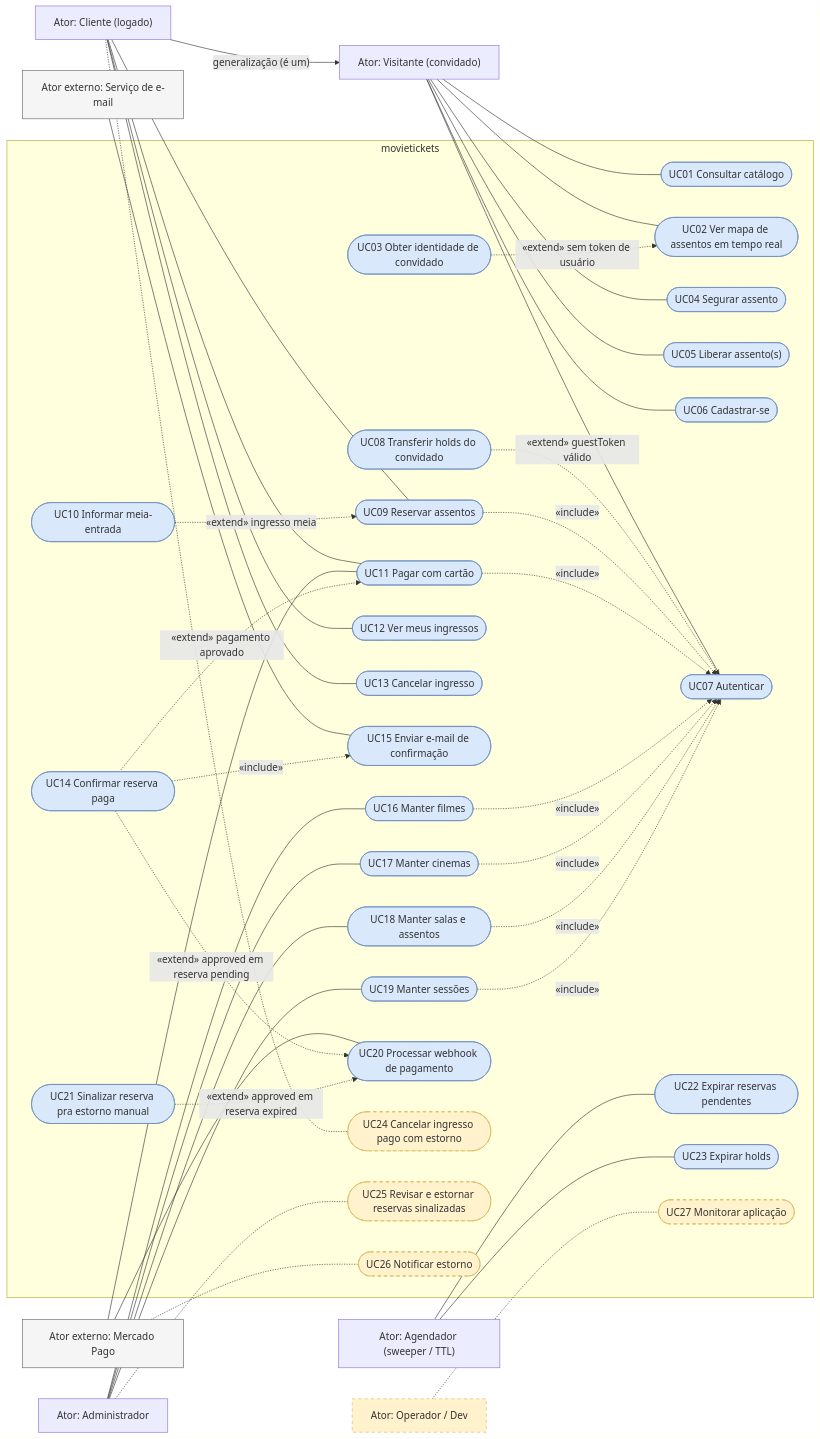
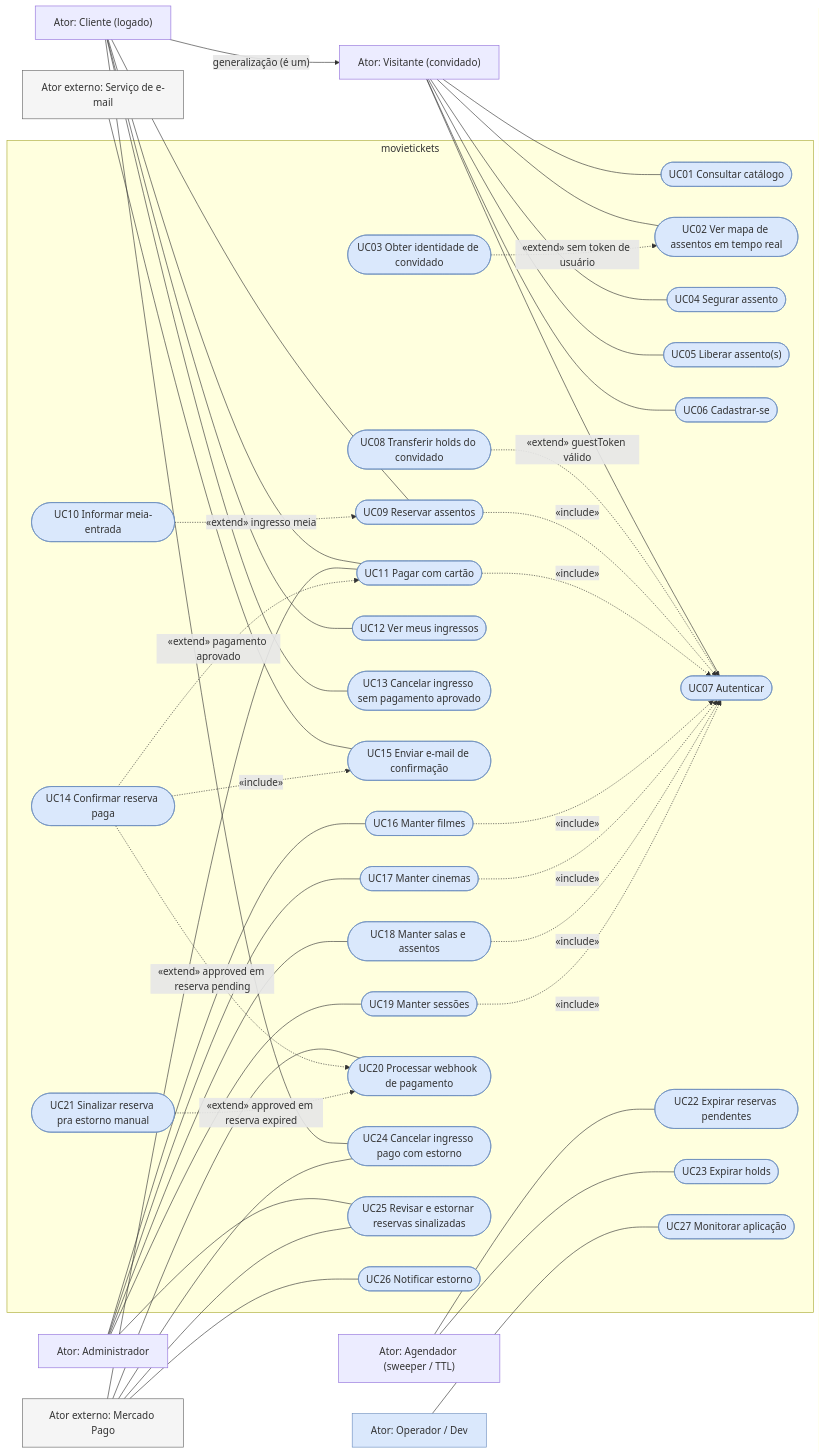
One commit to D4rkM/movietickets changed the diagram in docs/use-cases/use-cases.md. Above: the diagram before and after it, drawn with Mermaid. The commit also changed other lines of this file and 1 other file, not shown here.

````diff
--- a/docs/use-cases/use-cases.md
+++ b/docs/use-cases/use-cases.md
@@ -26,71 +25,69 @@
 ```mermaid
 flowchart LR
     visitante["Ator: Visitante (convidado)"]
     cliente["Ator: Cliente (logado)"]
     admin["Ator: Administrador"]
     agendador["Ator: Agendador (sweeper / TTL)"]
     mp["Ator externo: Mercado Pago"]
     email["Ator externo: Serviço de e-mail"]
     ops["Ator: Operador / Dev"]
 
     cliente -- "generalização (é um)" --> visitante
 
     subgraph sistema["movietickets"]
         UC01(["UC01 Consultar catálogo"])
         UC02(["UC02 Ver mapa de assentos em tempo real"])
         UC03(["UC03 Obter identidade de convidado"])
         UC04(["UC04 Segurar assento"])
         UC05(["UC05 Liberar assento(s)"])
         UC06(["UC06 Cadastrar-se"])
         UC07(["UC07 Autenticar"])
         UC08(["UC08 Transferir holds do convidado"])
         UC09(["UC09 Reservar assentos"])
         UC10(["UC10 Informar meia-entrada"])
         UC11(["UC11 Pagar com cartão"])
         UC12(["UC12 Ver meus ingressos"])
-        UC13(["UC13 Cancelar ingresso"])
+        UC13(["UC13 Cancelar ingresso sem pagamento aprovado"])
         UC14(["UC14 Confirmar reserva paga"])
         UC15(["UC15 Enviar e-mail de confirmação"])
         UC16(["UC16 Manter filmes"])
         UC17(["UC17 Manter cinemas"])
         UC18(["UC18 Manter salas e assentos"])
         UC19(["UC19 Manter sessões"])
         UC20(["UC20 Processar webhook de pagamento"])
         UC21(["UC21 Sinalizar reserva pra estorno manual"])
         UC22(["UC22 Expirar reservas pendentes"])
         UC23(["UC23 Expirar holds"])
         UC24(["UC24 Cancelar ingresso pago com estorno"])
         UC25(["UC25 Revisar e estornar reservas sinalizadas"])
         UC26(["UC26 Notificar estorno"])
         UC27(["UC27 Monitorar aplicação"])
     end
 
     visitante --- UC01 & UC02 & UC04 & UC05 & UC06 & UC07
     cliente --- UC09 & UC11 & UC12 & UC13
-    cliente -.- UC24
+    cliente --- UC24
     admin --- UC16 & UC17 & UC18 & UC19
-    admin -.- UC25
+    admin --- UC25
     agendador --- UC22 & UC23
     mp --- UC11 & UC20
-    mp -.- UC26
+    mp --- UC24 & UC25 & UC26
     email --- UC15
-    ops -.- UC27
+    ops --- UC27
 
     UC03 -. "«extend» sem token de usuário" .-> UC02
     UC08 -. "«extend» guestToken válido" .-> UC07
     UC10 -. "«extend» ingresso meia" .-> UC09
     UC09 -. "«include»" .-> UC07
     UC11 -. "«include»" .-> UC07
     UC16 & UC17 & UC18 & UC19 -. "«include»" .-> UC07
     UC14 -. "«extend» pagamento aprovado" .-> UC11
     UC14 -. "«extend» approved em reserva pending" .-> UC20
     UC21 -. "«extend» approved em reserva expired" .-> UC20
     UC14 -. "«include»" .-> UC15
 
-    classDef planned fill:#fff2cc,stroke:#d6b656,stroke-dasharray:5 5
     classDef impl fill:#dae8fc,stroke:#6c8ebf
     classDef external fill:#f5f5f5,stroke:#666666
-    class UC01,UC02,UC03,UC04,UC05,UC06,UC07,UC08,UC09,UC10,UC11,UC12,UC13,UC14,UC15,UC16,UC17,UC18,UC19,UC20,UC21,UC22,UC23 impl
-    class UC24,UC25,UC26,UC27,ops planned
+    class UC01,UC02,UC03,UC04,UC05,UC06,UC07,UC08,UC09,UC10,UC11,UC12,UC13,UC14,UC15,UC16,UC17,UC18,UC19,UC20,UC21,UC22,UC23,UC24,UC25,UC26,UC27,ops impl
     class mp,email external
 ```
````
